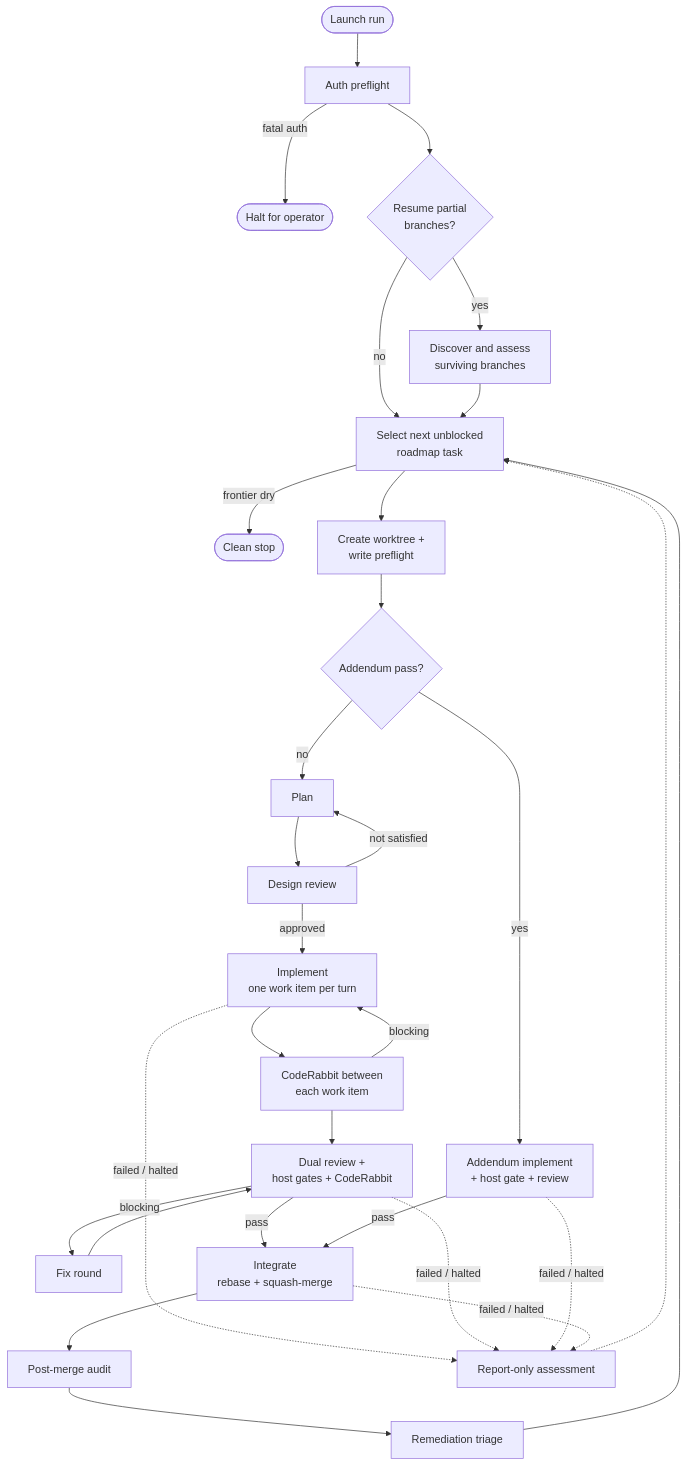
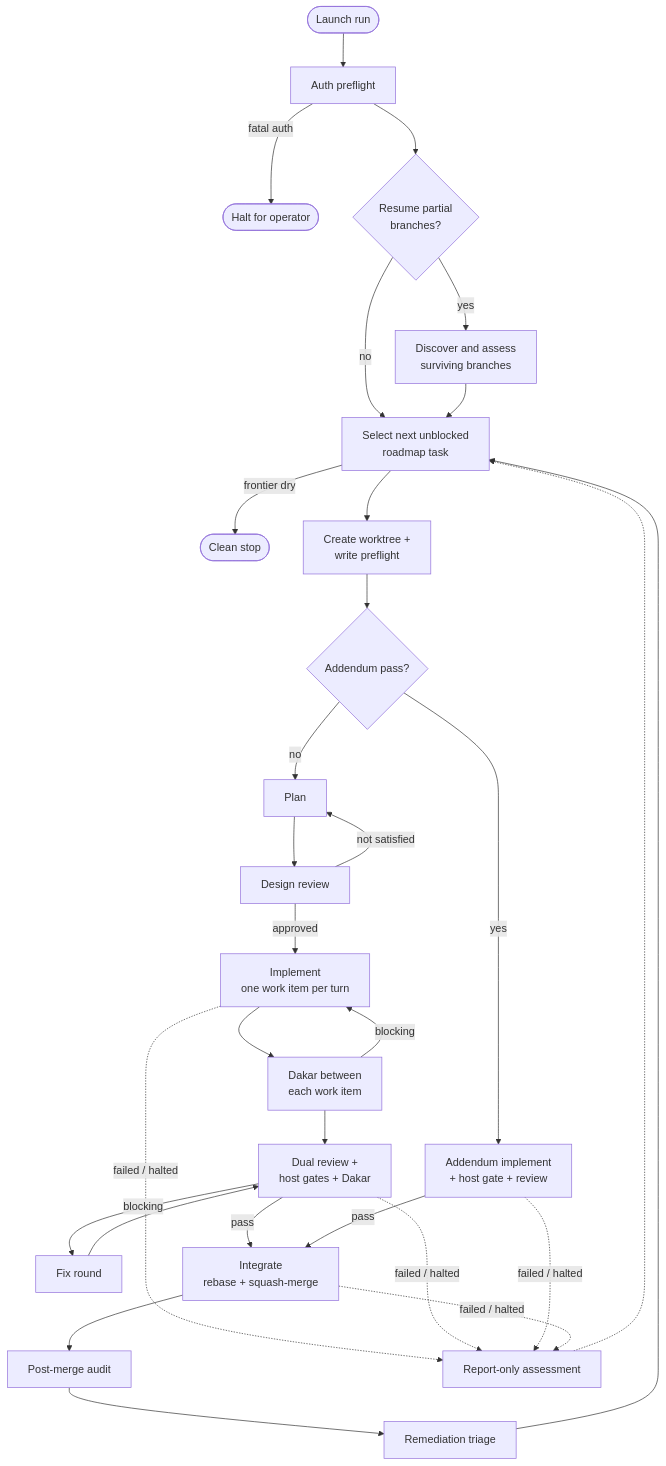
Before and after one commit to leynos/df12-build: the diagram in README.md, drawn with Mermaid. The commit also changed other lines of this file and 7 other files, not shown here.

First line of the commit message:
Harden the Dakar review boundary

````diff
--- a/README.md
+++ b/README.md
@@ -104,36 +107,36 @@
 ```mermaid
 flowchart TD
     start([Launch run]) --> auth[Auth preflight]
     auth -->|fatal auth| halt([Halt for operator])
     auth --> recovery{Resume partial<br/>branches?}
     recovery -->|yes| assessBranches[Discover and assess<br/>surviving branches]
     recovery -->|no| select
     assessBranches --> select[Select next unblocked<br/>roadmap task]
     select -->|frontier dry| done([Clean stop])
     select --> worktree[Create worktree +<br/>write preflight]
     worktree --> lane{Addendum pass?}
 
     lane -->|no| plan[Plan]
     plan --> design[Design review]
     design -->|not satisfied| plan
     design -->|approved| build[Implement<br/>one work item per turn]
-    build --> between[CodeRabbit between<br/>each work item]
+    build --> between[Dakar between<br/>each work item]
     between -->|blocking| build
-    between --> review[Dual review +<br/>host gates + CodeRabbit]
+    between --> review[Dual review +<br/>host gates + Dakar]
     review -->|blocking| fix[Fix round]
     fix --> review
 
     lane -->|yes| addendum[Addendum implement<br/>+ host gate + review]
 
     review -->|pass| integrate[Integrate<br/>rebase + squash-merge]
     addendum -->|pass| integrate
     integrate --> audit[Post-merge audit]
     audit --> triage[Remediation triage]
     triage --> select
 
     build -.->|failed / halted| assess[Report-only assessment]
     review -.->|failed / halted| assess
     addendum -.->|failed / halted| assess
     integrate -.->|failed / halted| assess
     assess -.-> select
 ```
````
